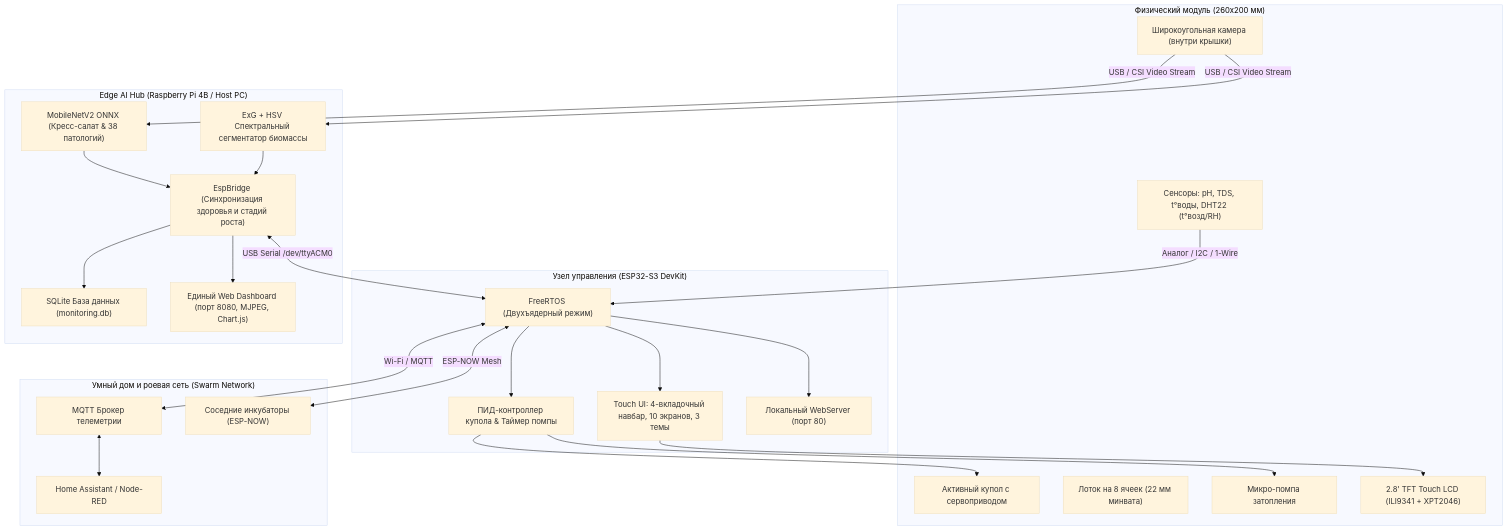
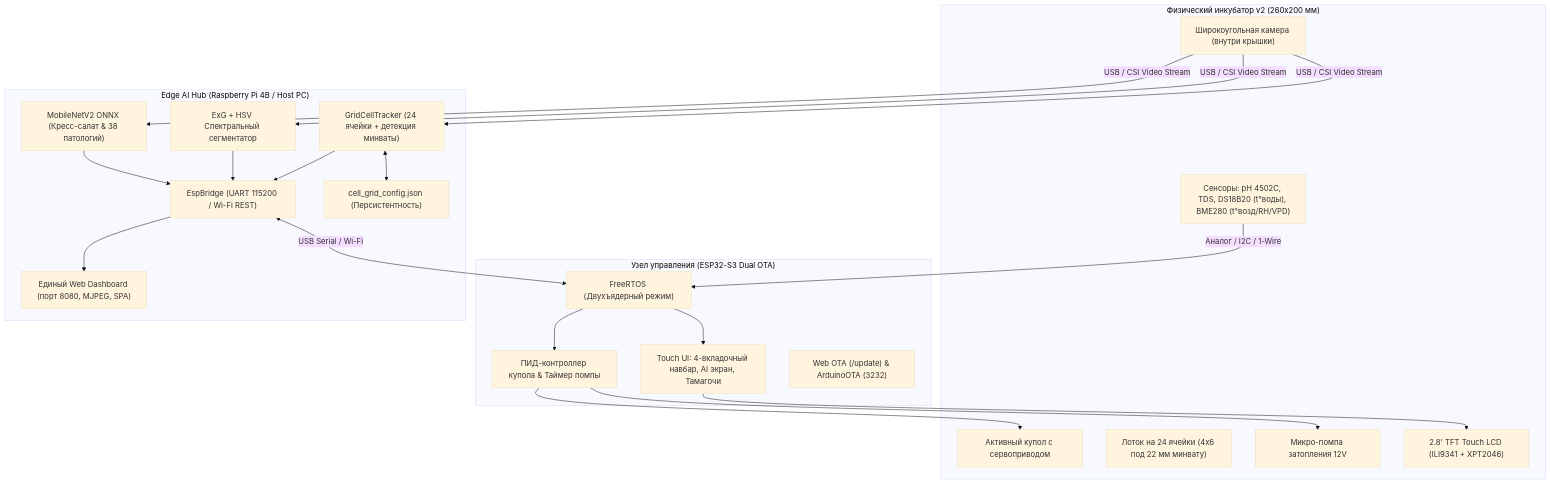
One commit to Grigory2009/AgroHomeSystem changed the diagram in README.md. Above: the diagram before and after it, drawn with Mermaid (base theme). The commit also changed other lines of this file, not shown here.

Commit message:
docs(readme): update documentation with 24-cell matrix v2, yellow rockwool CV detection, autodetect tray, and Dual OTA

````diff
--- a/README.md
+++ b/README.md
@@ -68,42 +74,35 @@
 ```mermaid
 graph TD
-    subgraph "Физический модуль (260x200 мм)"
+    subgraph "Физический инкубатор v2 (260x200 мм)"
         Lid["Активный купол с сервоприводом"]
         Cam["Широкоугольная камера (внутри крышки)"]
-        Tray["Лоток на 8 ячеек (22 мм минвата)"]
-        Pump["Микро-помпа затопления"]
-        Sensors["Сенсоры: pH, TDS, t°воды, DHT22 (t°возд/RH)"]
+        Tray["Лоток на 24 ячейки (4x6 под 22 мм минвату)"]
+        Pump["Микро-помпа затопления 12V"]
+        Sensors["Сенсоры: pH 4502C, TDS, DS18B20 (t°воды), BME280 (t°возд/RH/VPD)"]
         TFT["2.8' TFT Touch LCD (ILI9341 + XPT2046)"]
     end
 
-    subgraph "Узел управления (ESP32-S3 DevKit)"
+    subgraph "Узел управления (ESP32-S3 Dual OTA)"
         FreeRTOS["FreeRTOS (Двухъядерный режим)"]
         PID["ПИД-контроллер купола & Таймер помпы"]
-        UI_Engine["Touch UI: 4-вкладочный навбар, 10 экранов, 3 темы"]
-        WebServer["Локальный WebServer (порт 80)"]
+        UI_Engine["Touch UI: 4-вкладочный навбар, AI экран, Тамагочи"]
+        WebOTA["Web OTA (/update) & ArduinoOTA (3232)"]
     end
 
     subgraph "Edge AI Hub (Raspberry Pi 4B / Host PC)"
         MobileNet["MobileNetV2 ONNX (Кресс-салат & 38 патологий)"]
-        ExG["ExG + HSV Спектральный сегментатор биомассы"]
-        Bridge["EspBridge (Синхронизация здоровья и стадий роста)"]
-        DB["SQLite База данных (monitoring.db)"]
-        WebDash["Единый Web Dashboard (порт 8080, MJPEG, Chart.js)"]
-    end
-
-    subgraph "Умный дом и роевая сеть (Swarm Network)"
-        HA["Home Assistant / Node-RED"]
-        MQTT_Broker["MQTT Брокер телеметрии"]
-        Peer["Соседние инкубаторы (ESP-NOW)"]
+        ExG["ExG + HSV Спектральный сегментатор"]
+        CellTracker["GridCellTracker (24 ячейки + детекция минваты)"]
+        Bridge["EspBridge (UART 115200 / Wi-Fi REST)"]
+        WebDash["Единый Web Dashboard (порт 8080, MJPEG, SPA)"]
+        ConfigJSON["cell_grid_config.json (Персистентность)"]
     end
 
     Sensors -->|Аналог / I2C / 1-Wire| FreeRTOS
     FreeRTOS --> PID --> Lid & Pump
     FreeRTOS --> UI_Engine --> TFT
-    FreeRTOS --> WebServer
-    Cam -->|USB / CSI Video Stream| MobileNet & ExG
-    MobileNet & ExG --> Bridge --> DB & WebDash
-    Bridge <-->|USB Serial /dev/ttyACM0| FreeRTOS
-    FreeRTOS <-->|Wi-Fi / MQTT| MQTT_Broker <--> HA
-    FreeRTOS <-->|ESP-NOW Mesh| Peer
+    Cam -->|USB / CSI Video Stream| MobileNet & ExG & CellTracker
+    CellTracker <--> ConfigJSON
+    MobileNet & ExG & CellTracker --> Bridge --> WebDash
+    Bridge <-->|USB Serial / Wi-Fi| FreeRTOS
 ```
````
